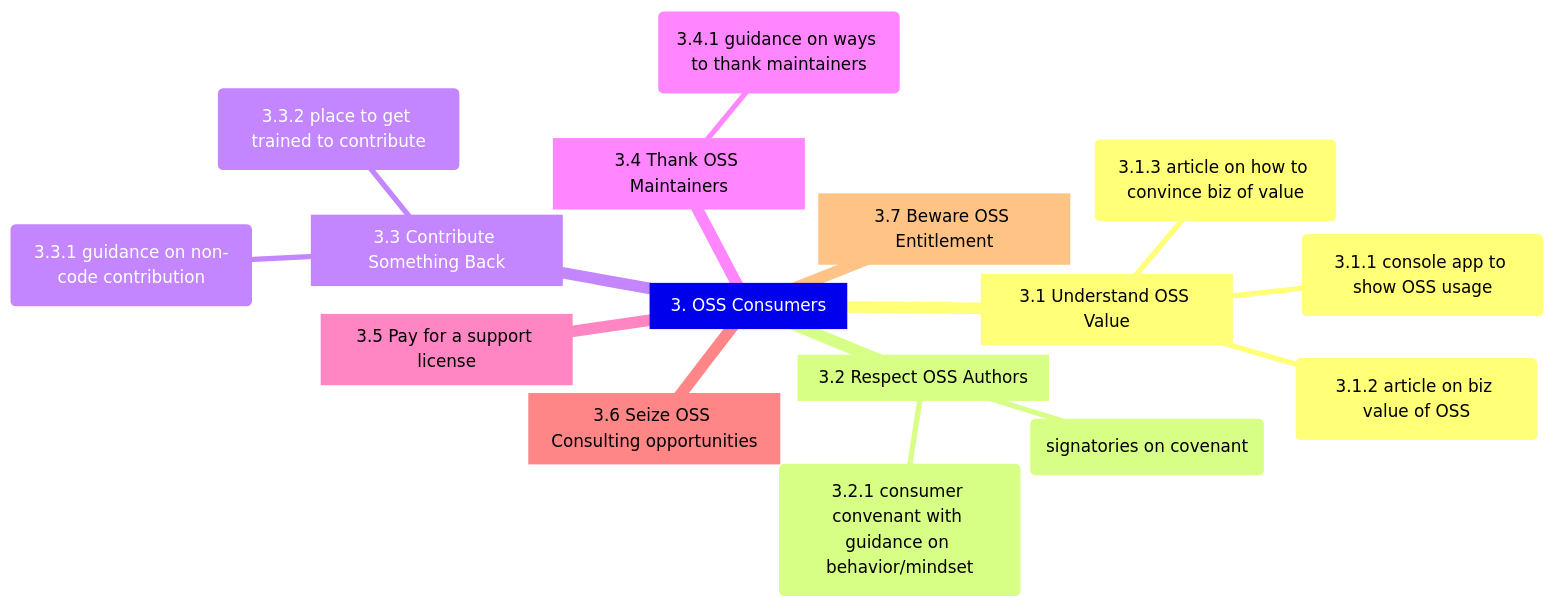
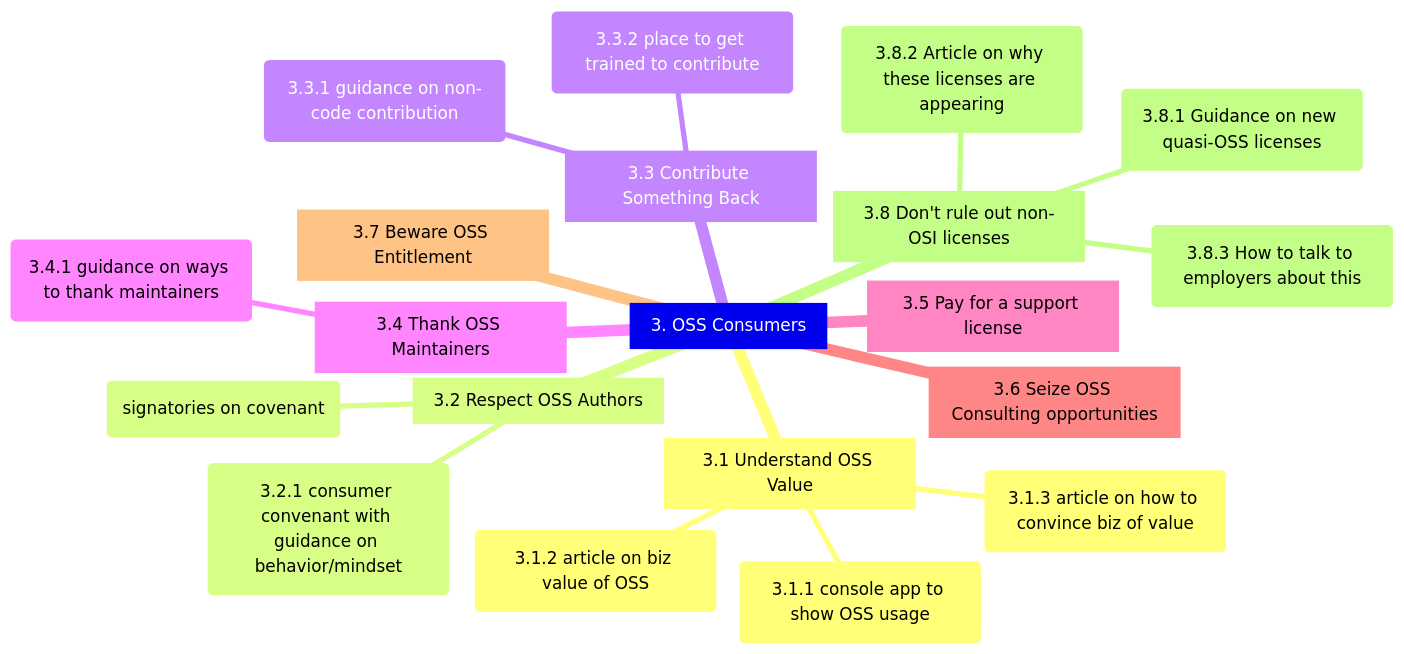
One commit to AWiderDotNET/home changed the third of 8 diagrams in README.md. Above: the diagram before and after it, drawn with Mermaid. The commit also changed other lines of this file, not shown here.

````diff
--- a/README.md
+++ b/README.md
@@ -62,19 +66,23 @@
 ```mermaid
 mindmap
   3[3. OSS Consumers]
     3.1[3.1 Understand OSS Value]
       3.1.1(3.1.1 console app to show OSS usage)
       3.1.2(3.1.2 article on biz value of OSS)
       3.1.3(3.1.3 article on how to convince biz of value)
     3.2[3.2 Respect OSS Authors]
       3.2.1(3.2.1 consumer convenant with guidance on behavior/mindset)
       3.2.2(signatories on covenant)
     3.3[3.3 Contribute Something Back]
       3.3.1(3.3.1 guidance on non-code contribution)
       3.3.2(3.3.2 place to get trained to contribute)
     3.4[3.4 Thank OSS Maintainers]
       3.4.1(3.4.1 guidance on ways to thank maintainers)
     3.5[3.5 Pay for a support license]
     3.6[3.6 Seize OSS Consulting opportunities]
     3.7[3.7 Beware OSS Entitlement]
+    3.8[3.8 Don't rule out non-OSI licenses]
+      3.8.1(3.8.1 Guidance on new quasi-OSS licenses)
+      3.8.2(3.8.2 Article on why these licenses are appearing)
+      3.8.3(3.8.3 How to talk to employers about this)
 ```
````
